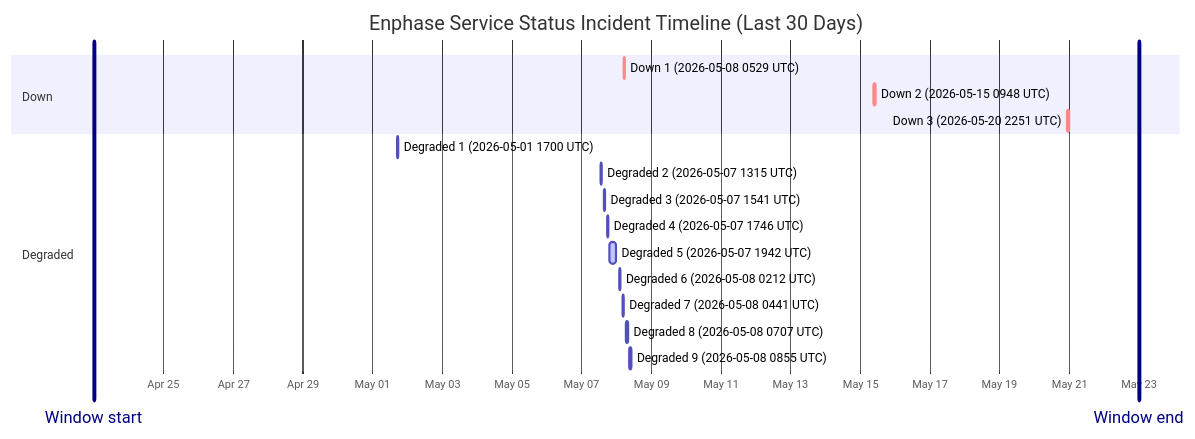
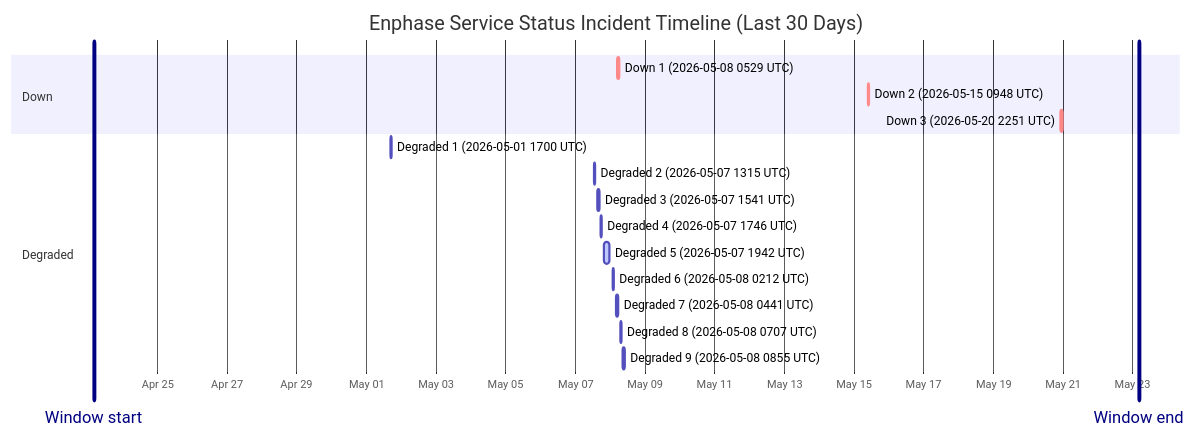
One commit to barneyonline/ha-enphase-ev-charger changed the diagram in wiki/Service-Status-History.md. Above: the diagram before and after it, drawn with Mermaid. The commit also changed other lines of this file and 3 other files, not shown here.

````diff
--- a/wiki/Service-Status-History.md
+++ b/wiki/Service-Status-History.md
@@ -14,22 +14,22 @@
 ```mermaid
 gantt
     title Enphase Service Status Incident Timeline (Last 30 Days)
     dateFormat  YYYY-MM-DDTHH:mm:ss
     axisFormat  %b %d
-    Window start :vert, window-start, 2026-04-23T00:05:57, 0ms
-    Window end :vert, window-end, 2026-05-23T00:05:57, 0ms
+    Window start :vert, window-start, 2026-04-23T04:24:02, 0ms
+    Window end :vert, window-end, 2026-05-23T04:24:02, 0ms
     section Down
     Down 1 (2026-05-08 0529 UTC) :crit, down-1, 2026-05-08T05:29:47, 60m
     Down 2 (2026-05-15 0948 UTC) :crit, down-2, 2026-05-15T09:48:18, 60m
     Down 3 (2026-05-20 2251 UTC) :crit, down-3, 2026-05-20T22:51:14, 75m
     section Degraded
     Degraded 1 (2026-05-01 1700 UTC) :active, degraded-1, 2026-05-01T17:00:22, 60m
     Degraded 2 (2026-05-07 1315 UTC) :active, degraded-2, 2026-05-07T13:15:25, 60m
     Degraded 3 (2026-05-07 1541 UTC) :active, degraded-3, 2026-05-07T15:41:58, 60m
     Degraded 4 (2026-05-07 1746 UTC) :active, degraded-4, 2026-05-07T17:46:51, 60m
     Degraded 5 (2026-05-07 1942 UTC) :active, degraded-5, 2026-05-07T19:42:10, 249m
     Degraded 6 (2026-05-08 0212 UTC) :active, degraded-6, 2026-05-08T02:12:39, 60m
     Degraded 7 (2026-05-08 0441 UTC) :active, degraded-7, 2026-05-08T04:41:46, 60m
     Degraded 8 (2026-05-08 0707 UTC) :active, degraded-8, 2026-05-08T07:07:30, 60m
     Degraded 9 (2026-05-08 0855 UTC) :active, degraded-9, 2026-05-08T08:55:20, 88m
 ```
````
